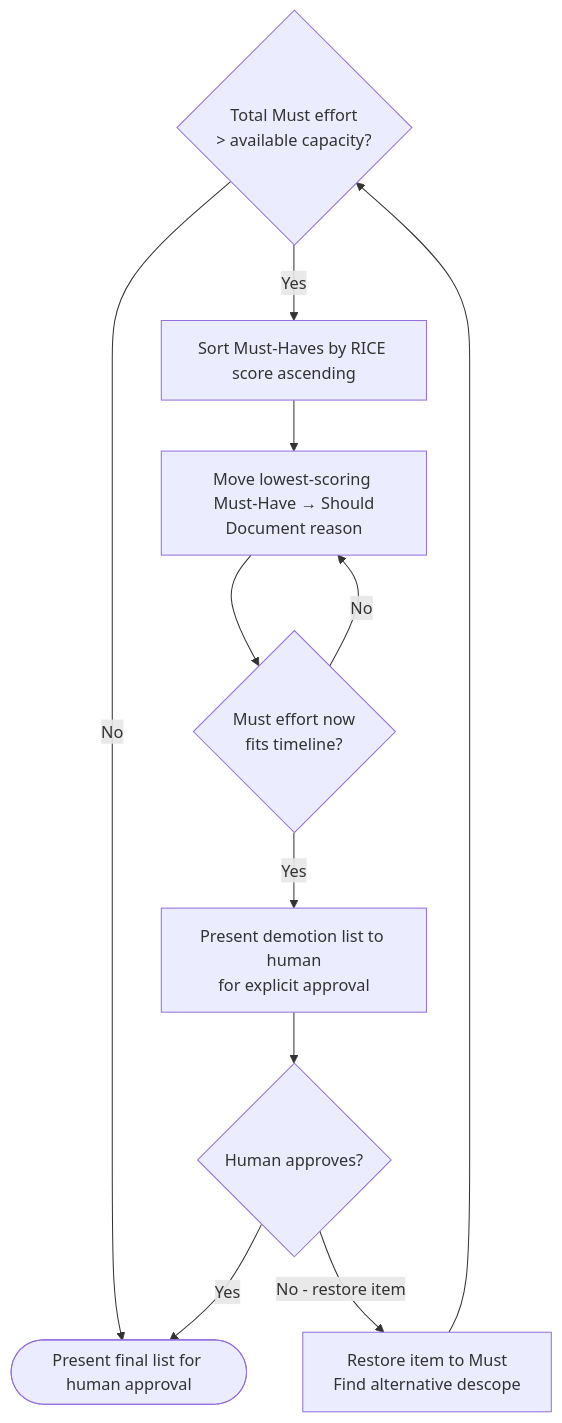
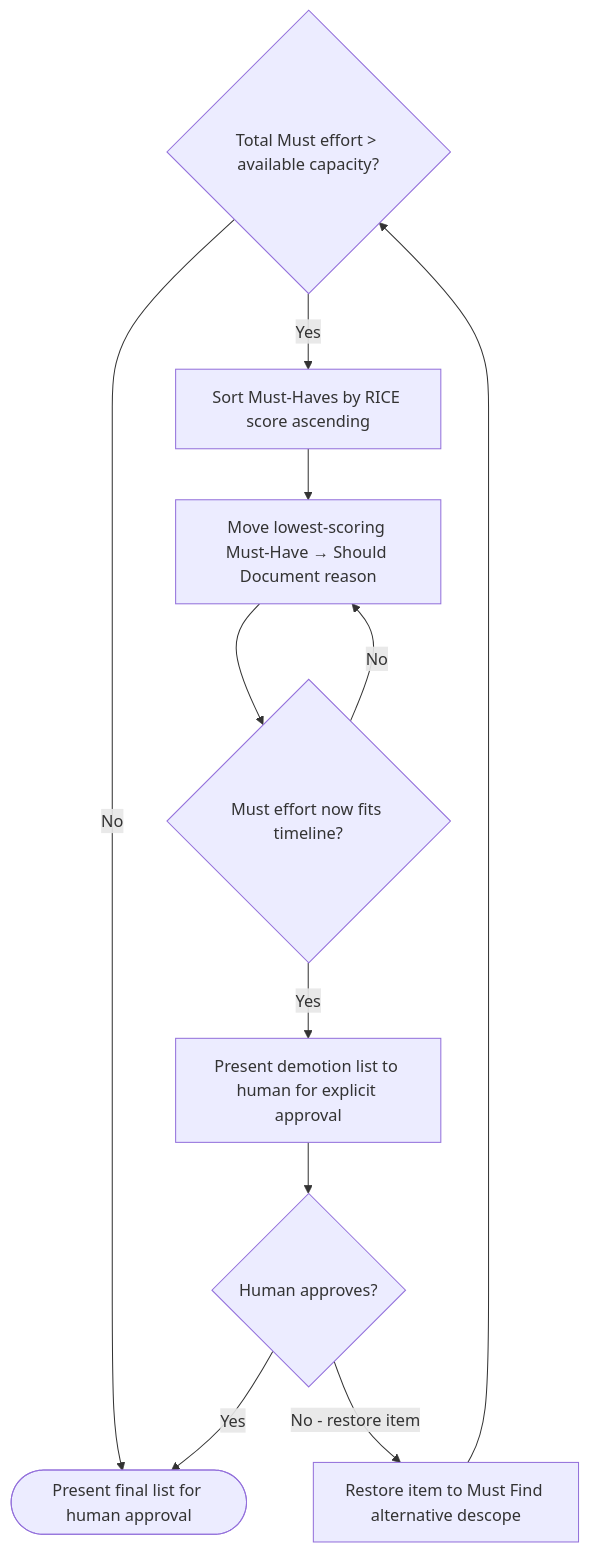
Before and after one commit to ivanyeors/product-agentic-templates: the second of 5 diagrams in .cursor/skills/00-product-workflow/pm-prioritization.md, drawn with Mermaid. The commit also changed other lines of this file and 39 other files, not shown here.

````diff
--- a/.cursor/skills/00-product-workflow/pm-prioritization.md
+++ b/.cursor/skills/00-product-workflow/pm-prioritization.md
@@ -101,14 +102,14 @@
 ```mermaid
 flowchart TD
-    check{Total Must effort\n> available capacity?}
+    check{Total Must effort > available capacity?}
     check -->|No| approve([Present final list for human approval])
     check -->|Yes| sort[Sort Must-Haves by RICE score ascending]
-    sort --> move[Move lowest-scoring Must-Have → Should\nDocument reason]
-    move --> recheck{Must effort now\nfits timeline?}
+    sort --> move[Move lowest-scoring Must-Have → Should Document reason]
+    move --> recheck{Must effort now fits timeline?}
     recheck -->|No| move
-    recheck -->|Yes| present[Present demotion list to human\nfor explicit approval]
+    recheck -->|Yes| present[Present demotion list to human for explicit approval]
     present --> human{Human approves?}
     human -->|Yes| approve
-    human -->|No - restore item| restore[Restore item to Must\nFind alternative descope]
+    human -->|No - restore item| restore[Restore item to Must Find alternative descope]
     restore --> check
 ```
````
